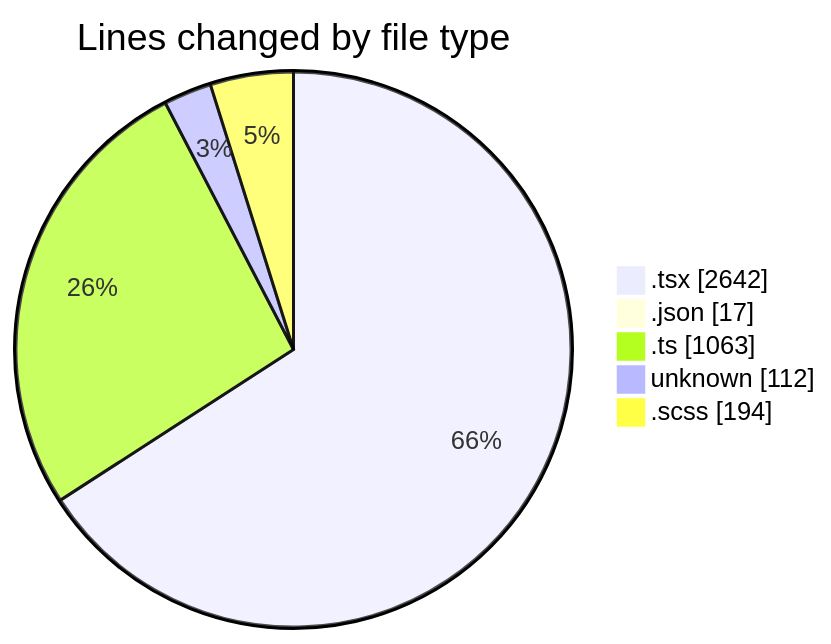
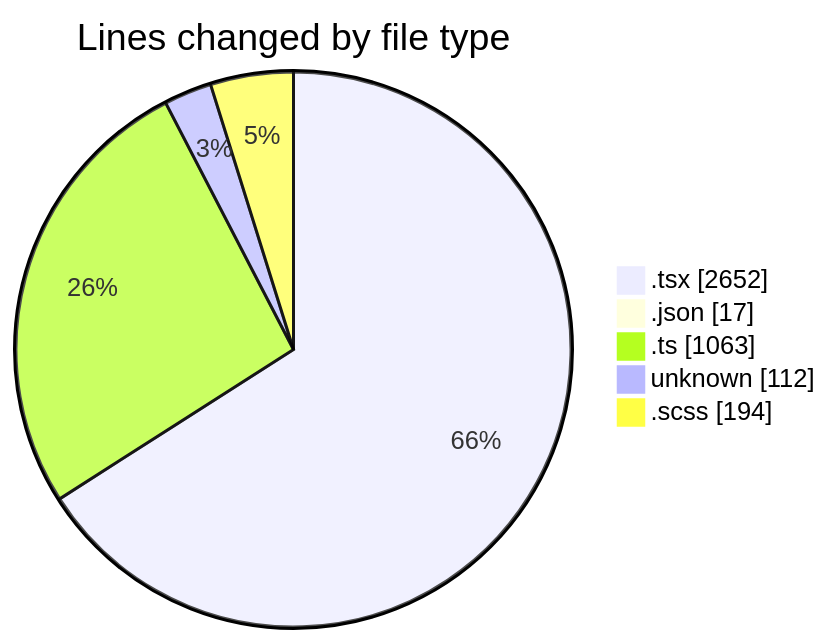
One commit to momahboobian/code-tracking changed the first of 2 diagrams in 2026-04-30/cda/README.md. Above: the diagram before and after it, drawn with Mermaid. The commit also changed other lines of this file and 1 other file, not shown here.

````diff
--- a/2026-04-30/cda/README.md
+++ b/2026-04-30/cda/README.md
@@ -54,9 +54,9 @@
 ```mermaid
 pie showData
 title Lines changed by file type
-".tsx" : 2642
+".tsx" : 2652
 ".json" : 17
 ".ts" : 1063
 "unknown" : 112
 ".scss" : 194
 ```
````
